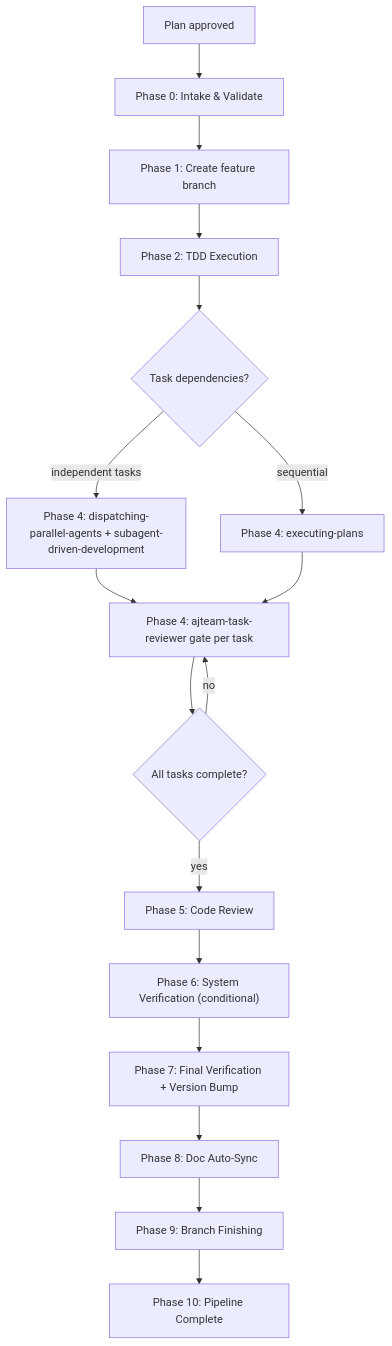
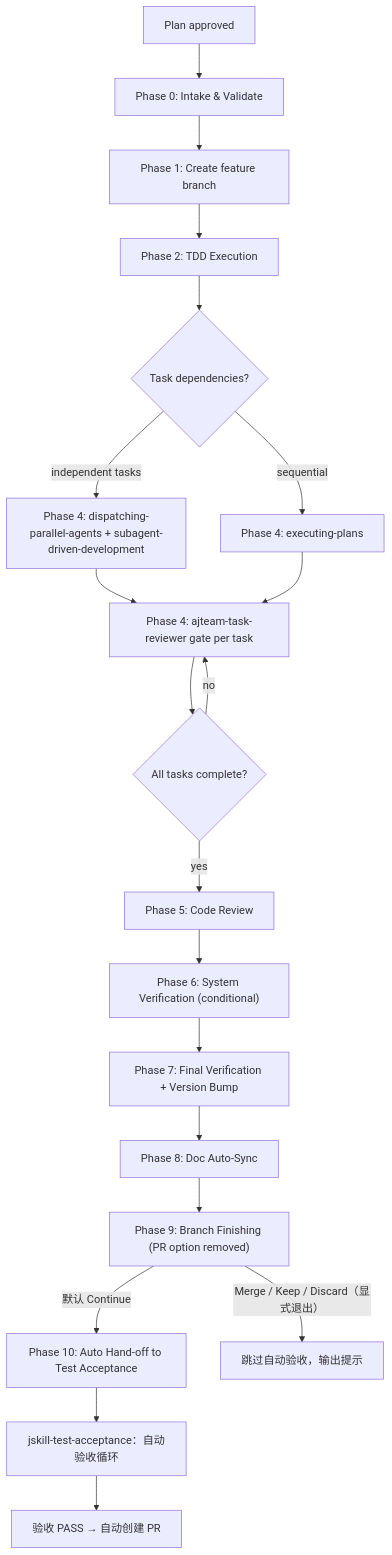
Before and after one commit to JeillZhang/agentj: the diagram in .claude/skills/jskill-feature-dev/SKILL.md, drawn with Mermaid. The commit also changed other lines of this file and 4 other files, not shown here.

First line of the commit message:
docs: chain test acceptance + auto PR after feature-dev

````diff
--- a/.claude/skills/jskill-feature-dev/SKILL.md
+++ b/.claude/skills/jskill-feature-dev/SKILL.md
@@ -20,19 +20,22 @@
 ```mermaid
 flowchart TB
     A["Plan approved"] --> B["Phase 0: Intake & Validate"]
     B --> C["Phase 1: Create feature branch"]
     C --> D["Phase 2: TDD Execution"]
     D --> E{"Task dependencies?"}
     E -- "independent tasks" --> F["Phase 4: dispatching-parallel-agents + subagent-driven-development"]
     E -- "sequential" --> G["Phase 4: executing-plans"]
     F --> H["Phase 4: ajteam-task-reviewer gate per task"]
     G --> H
     H --> I{"All tasks complete?"}
     I -- "no" --> H
     I -- "yes" --> J["Phase 5: Code Review"]
     J --> K["Phase 6: System Verification (conditional)"]
     K --> L["Phase 7: Final Verification + Version Bump"]
     L --> M["Phase 8: Doc Auto-Sync"]
-    M --> N["Phase 9: Branch Finishing"]
-    N --> O["Phase 10: Pipeline Complete"]
+    M --> N["Phase 9: Branch Finishing (PR option removed)"]
+    N -- "默认 Continue" --> O["Phase 10: Auto Hand-off to Test Acceptance"]
+    N -- "Merge / Keep / Discard（显式退出）" --> P["跳过自动验收，输出提示"]
+    O --> Q["jskill-test-acceptance：自动验收循环"]
+    Q --> R["验收 PASS → 自动创建 PR"]
 ```
````
